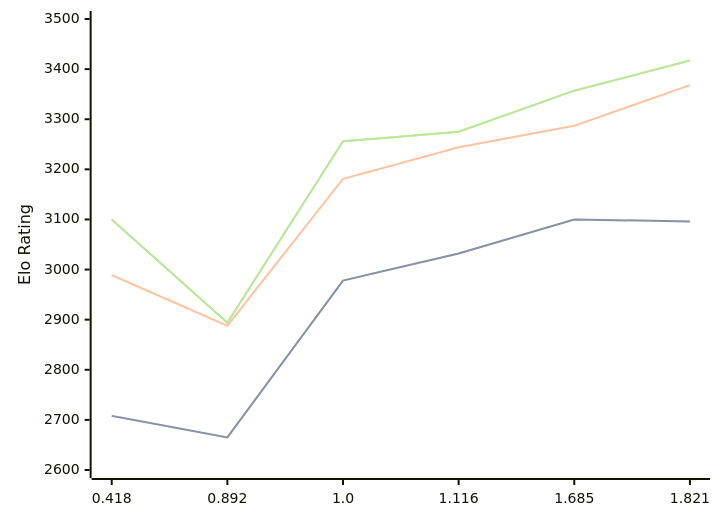
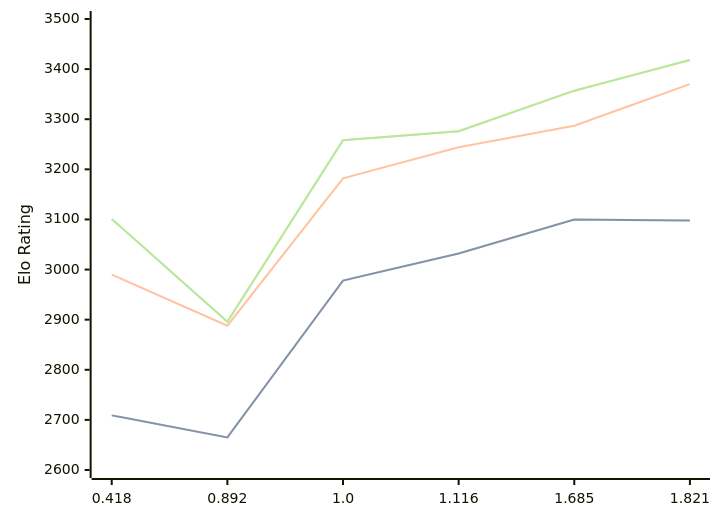
Before and after one commit to computer-chess-index/cci: the diagram in engines/Malika.md, drawn with Mermaid. The commit also changed other lines of this file, not shown here.

Commit message:
Update CCI Ratings (ELO VLTC) - 2026-08-27

````diff
--- a/engines/Malika.md
+++ b/engines/Malika.md
@@ -36,11 +36,11 @@
 ```mermaid
 %%{init: {"theme":"base","themeVariables":{"seriesColors:['#a3a3a3','#222221','#faa371']}}}%%
 xychart-beta
   x-axis ["0.418", "0.892", "1.0", "1.116", "1.685", "1.821"]
   y-axis "Elo Rating" 2600 --> 3500
-  line "STC (8.0+0.08s)" [2708, 2665, 2978, 3032, 3100, 3096]
-  line "STC (8.0+0.08s)" [2708, 2665, 2978, 3032, 3100, 3096]
-  line "LTC (60.0+0.60s)" [2989, 2888, 3181, 3244, 3287, 3368]
-  line "VLTC (2m24s+1.12s)" [3100, 2894, 3256, 3275, 3357, 3417]
-  line "VLTC (2m24s+1.12s)" [3100, 2894, 3256, 3275, 3357, 3417]
+  line "STC (8.0+0.08s)" [2709, 2665, 2978, 3032, 3100, 3098]
+  line "STC (8.0+0.08s)" [2709, 2665, 2978, 3032, 3100, 3098]
+  line "LTC (60.0+0.60s)" [2990, 2888, 3182, 3244, 3287, 3370]
+  line "VLTC (2m24s+1.12s)" [3101, 2896, 3258, 3276, 3357, 3418]
+  line "VLTC (2m24s+1.12s)" [3101, 2896, 3258, 3276, 3357, 3418]
 ```
````
